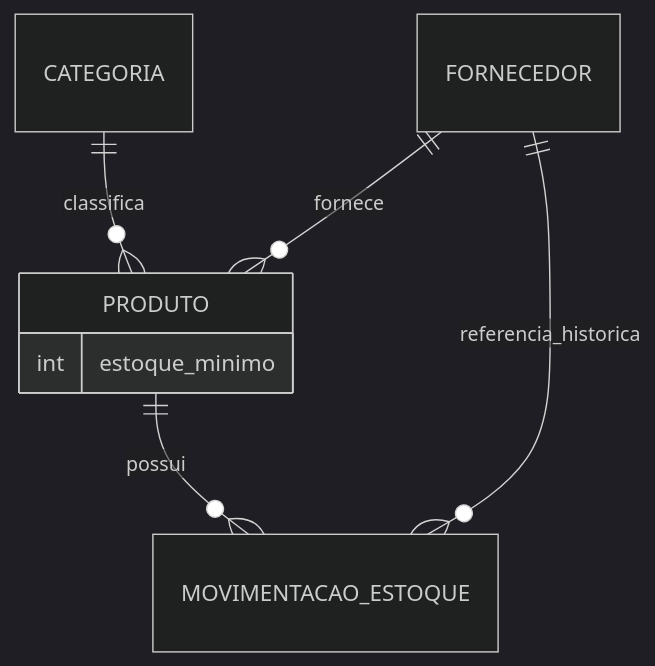
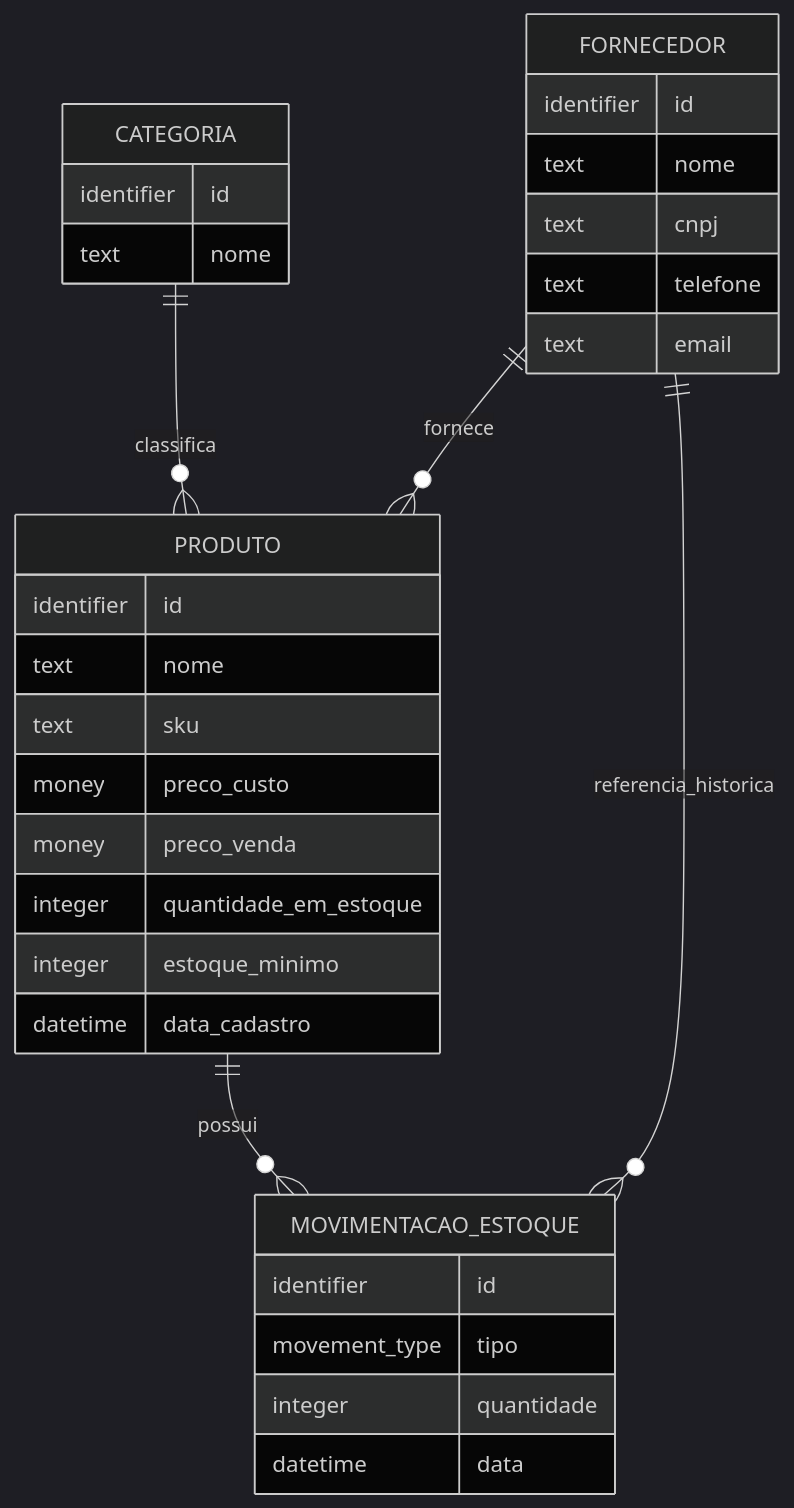
Before and after one commit to cleidson21/stockflow-api: the diagram in docs/DOMAIN_MODELING.md, drawn with Mermaid (dark theme). The commit also changed other lines of this file and 2 other files, not shown here.

Commit message:
docs: consolidate conceptual and relational data model

````diff
--- a/docs/DOMAIN_MODELING.md
+++ b/docs/DOMAIN_MODELING.md
@@ -422,11 +458,38 @@
 ```mermaid
 erDiagram
     CATEGORIA ||--o{ PRODUTO : classifica
     FORNECEDOR ||--o{ PRODUTO : fornece
     PRODUTO ||--o{ MOVIMENTACAO_ESTOQUE : possui
     FORNECEDOR ||--o{ MOVIMENTACAO_ESTOQUE : referencia_historica
 
+    CATEGORIA {
+        identifier id
+        text nome
+    }
+
+    FORNECEDOR {
+        identifier id
+        text nome
+        text cnpj
+        text telefone
+        text email
+    }
+
     PRODUTO {
-        int estoque_minimo
+        identifier id
+        text nome
+        text sku
+        money preco_custo
+        money preco_venda
+        integer quantidade_em_estoque
+        integer estoque_minimo
+        datetime data_cadastro
+    }
+
+    MOVIMENTACAO_ESTOQUE {
+        identifier id
+        movement_type tipo
+        integer quantidade
+        datetime data
     }
 ```
````
